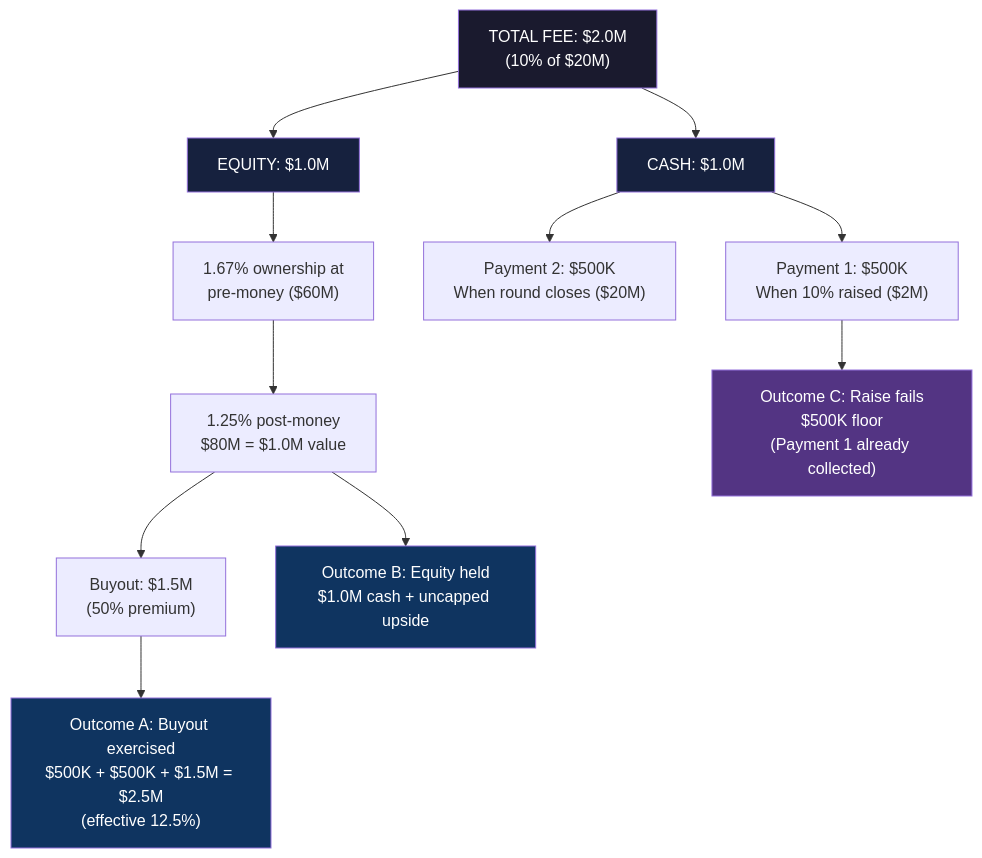
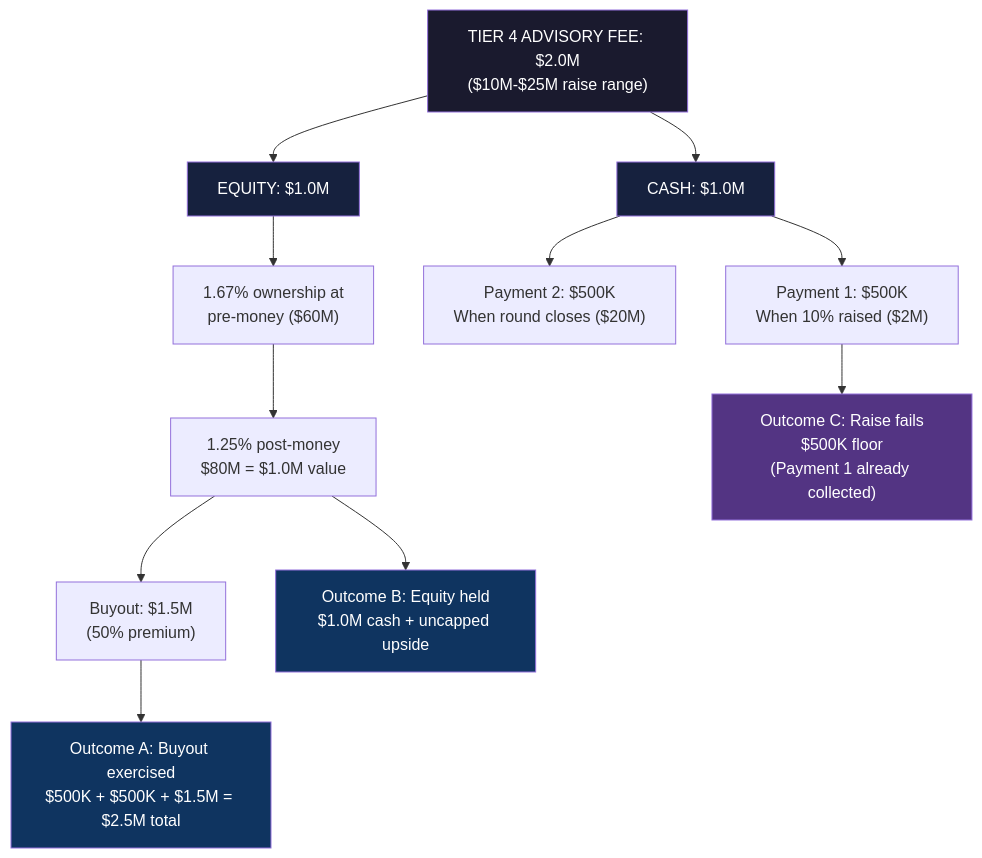
One commit to Light-Brands/qie changed the first of 4 diagrams in docs/investos-strategic-model-2026-03-05.md. Above: the diagram before and after it, drawn with Mermaid. The commit also changed other lines of this file and 2 other files, not shown here.

First line of the commit message:
Reframe all pricing as investment tier-based advisory fees

````diff
--- a/docs/investos-strategic-model-2026-03-05.md
+++ b/docs/investos-strategic-model-2026-03-05.md
@@ -108,24 +116,24 @@
 ```mermaid
 graph TD
-    FEE["TOTAL FEE: $2.0M<br/>(10% of $20M)"]
+    FEE["TIER 4 ADVISORY FEE: $2.0M<br/>($10M-$25M raise range)"]
     FEE --> CASH["CASH: $1.0M"]
     FEE --> EQUITY["EQUITY: $1.0M"]
 
     CASH --> P1["Payment 1: $500K<br/>When 10% raised ($2M)"]
     CASH --> P2["Payment 2: $500K<br/>When round closes ($20M)"]
 
     EQUITY --> OWN["1.67% ownership at<br/>pre-money ($60M)"]
     OWN --> POST["1.25% post-money<br/>$80M = $1.0M value"]
     POST --> BUYOUT["Buyout: $1.5M<br/>(50% premium)"]
 
-    BUYOUT --> A["Outcome A: Buyout exercised<br/>$500K + $500K + $1.5M = $2.5M<br/>(effective 12.5%)"]
+    BUYOUT --> A["Outcome A: Buyout exercised<br/>$500K + $500K + $1.5M = $2.5M total"]
     POST --> B["Outcome B: Equity held<br/>$1.0M cash + uncapped upside"]
     P1 --> C["Outcome C: Raise fails<br/>$500K floor<br/>(Payment 1 already collected)"]
 
     style FEE fill:#1a1a2e,color:#fff
     style CASH fill:#16213e,color:#fff
     style EQUITY fill:#16213e,color:#fff
     style A fill:#0f3460,color:#fff
     style B fill:#0f3460,color:#fff
     style C fill:#533483,color:#fff
 ```
````
